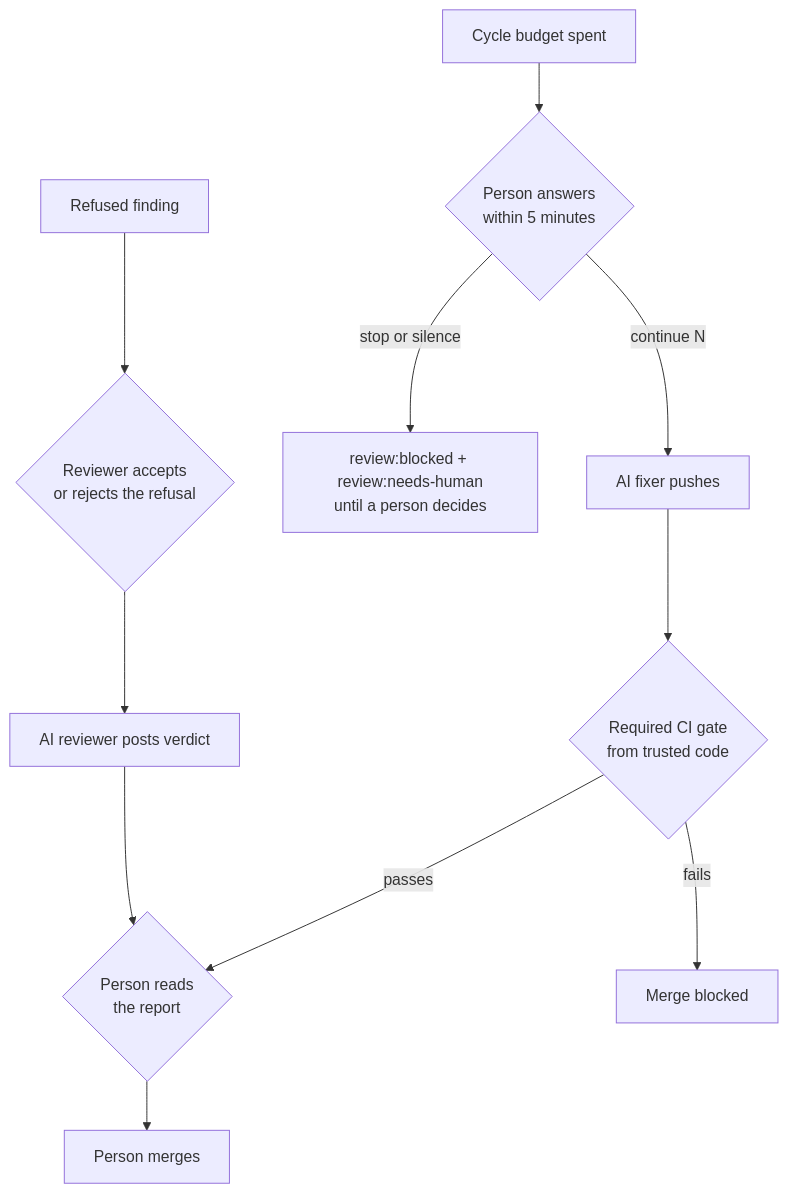
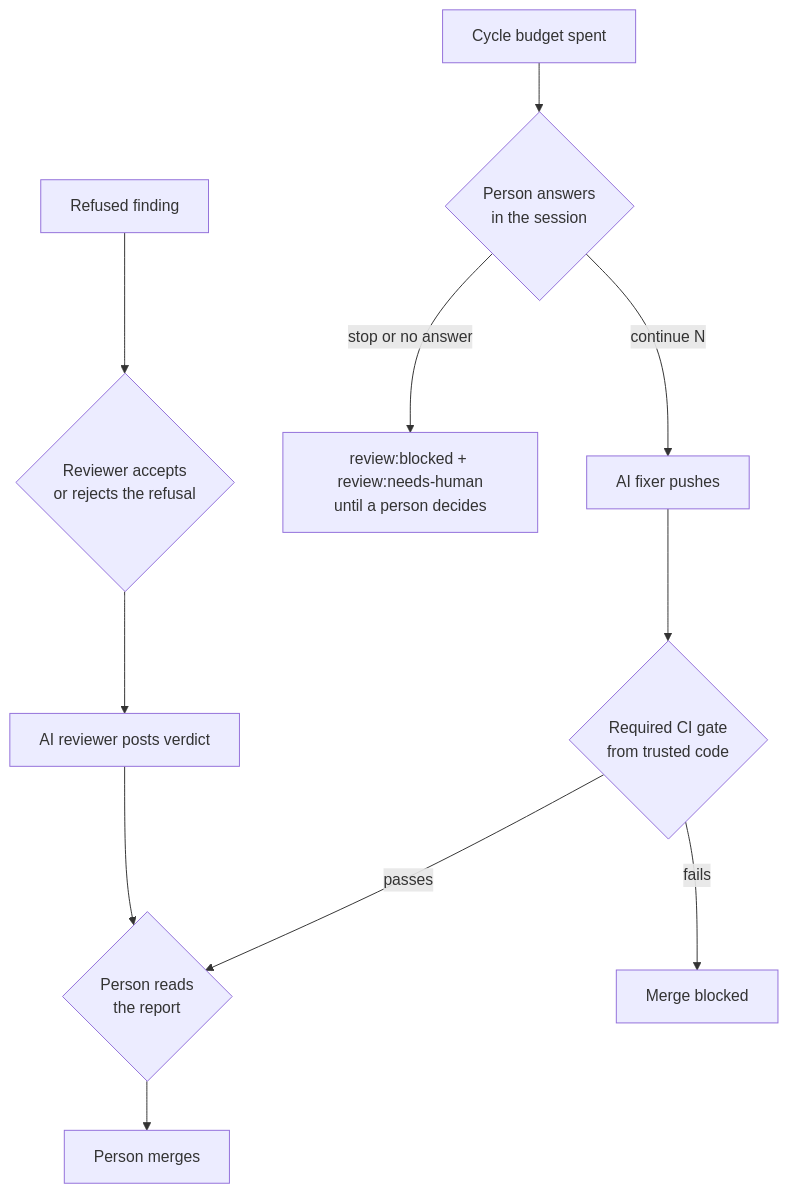
The diagram in docs/diagrams/05-human-oversight.mmd (jonyfs/pr-reviewer-fixer), drawn with Mermaid before and after one commit. The commit also changed 56 other files, not shown here.

```diff
--- a/docs/diagrams/05-human-oversight.mmd
+++ b/docs/diagrams/05-human-oversight.mmd
@@ -1,11 +1,11 @@
 flowchart TD
     A[AI reviewer posts verdict] --> B{Person reads<br/>the report}
     B --> C[Person merges]
     D[AI fixer pushes] --> E{Required CI gate<br/>from trusted code}
     E -- fails --> F[Merge blocked]
     E -- passes --> B
-    G[Cycle budget spent] --> H{Person answers<br/>within 5 minutes}
+    G[Cycle budget spent] --> H{Person answers<br/>in the session}
     H -- continue N --> D
-    H -- stop or silence --> I[review:blocked + review:needs-human<br/>until a person decides]
+    H -- stop or no answer --> I[review:blocked + review:needs-human<br/>until a person decides]
     J[Refused finding] --> K{Reviewer accepts<br/>or rejects the refusal}
     K --> A
```
